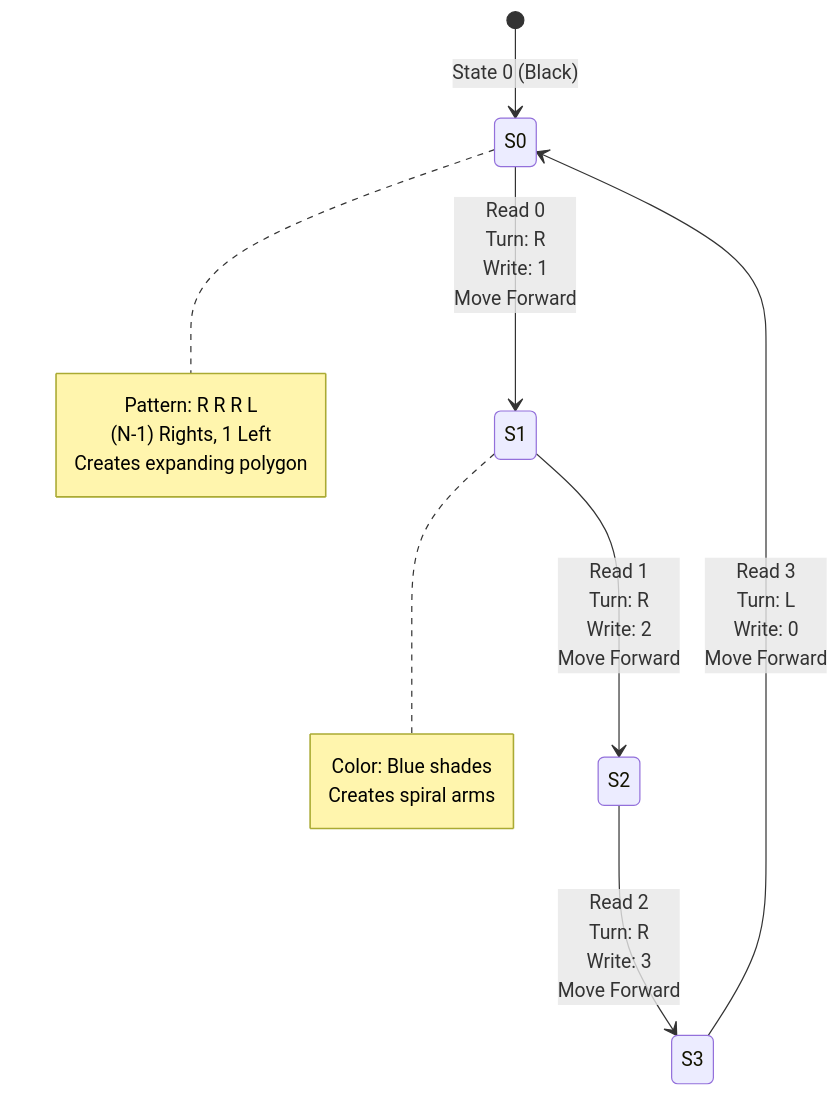
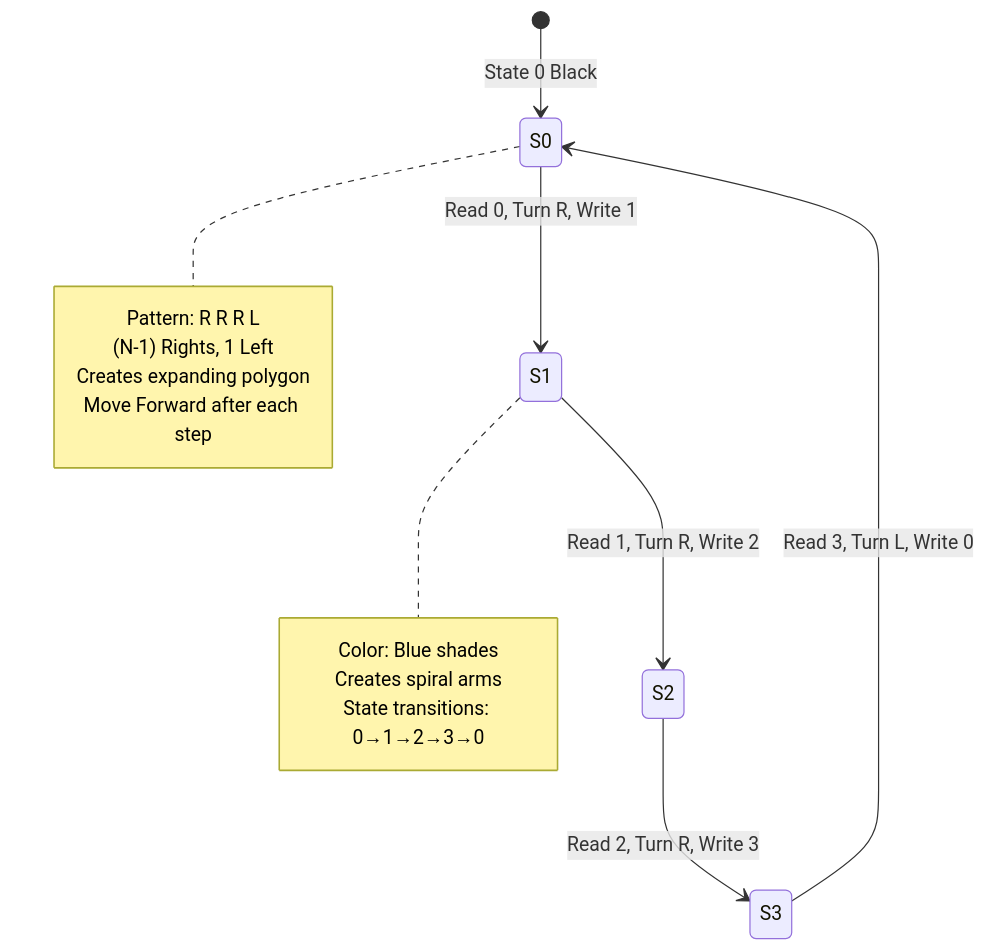
One commit to I-AbdullahAsim/TOA changed the fifth of 8 diagrams in README.md. Above: the diagram before and after it, drawn with Mermaid. The commit also changed other lines of this file, not shown here.

````diff
--- a/README.md
+++ b/README.md
@@ -195,20 +198,22 @@
 ```mermaid
 stateDiagram-v2
-    [*] --> S0: State 0 (Black)
+    [*] --> S0: State 0 Black
     
-    S0 --> S1: Read 0<br/>Turn: R<br/>Write: 1<br/>Move Forward
-    S1 --> S2: Read 1<br/>Turn: R<br/>Write: 2<br/>Move Forward
-    S2 --> S3: Read 2<br/>Turn: R<br/>Write: 3<br/>Move Forward
-    S3 --> S0: Read 3<br/>Turn: L<br/>Write: 0<br/>Move Forward
+    S0 --> S1: Read 0, Turn R, Write 1
+    S1 --> S2: Read 1, Turn R, Write 2
+    S2 --> S3: Read 2, Turn R, Write 3
+    S3 --> S0: Read 3, Turn L, Write 0
     
     note right of S0
         Pattern: R R R L
         (N-1) Rights, 1 Left
         Creates expanding polygon
+        Move Forward after each step
     end note
     
     note right of S1
         Color: Blue shades
         Creates spiral arms
+        State transitions: 0→1→2→3→0
     end note
 ```
````
